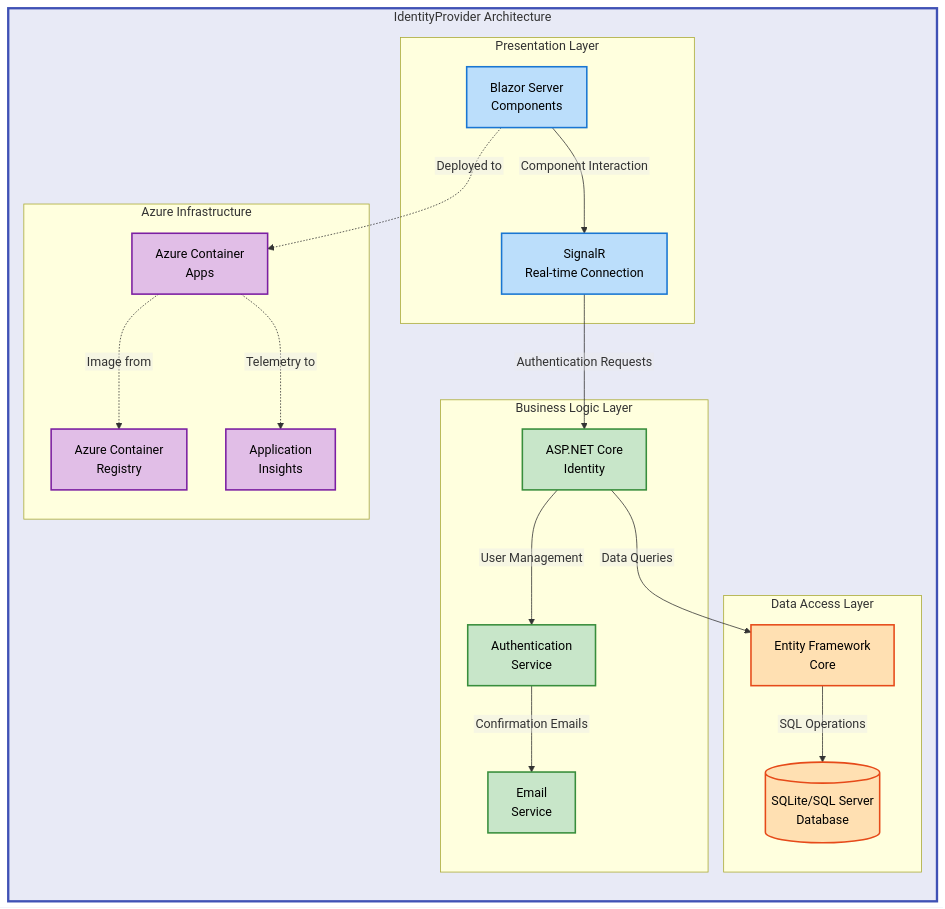
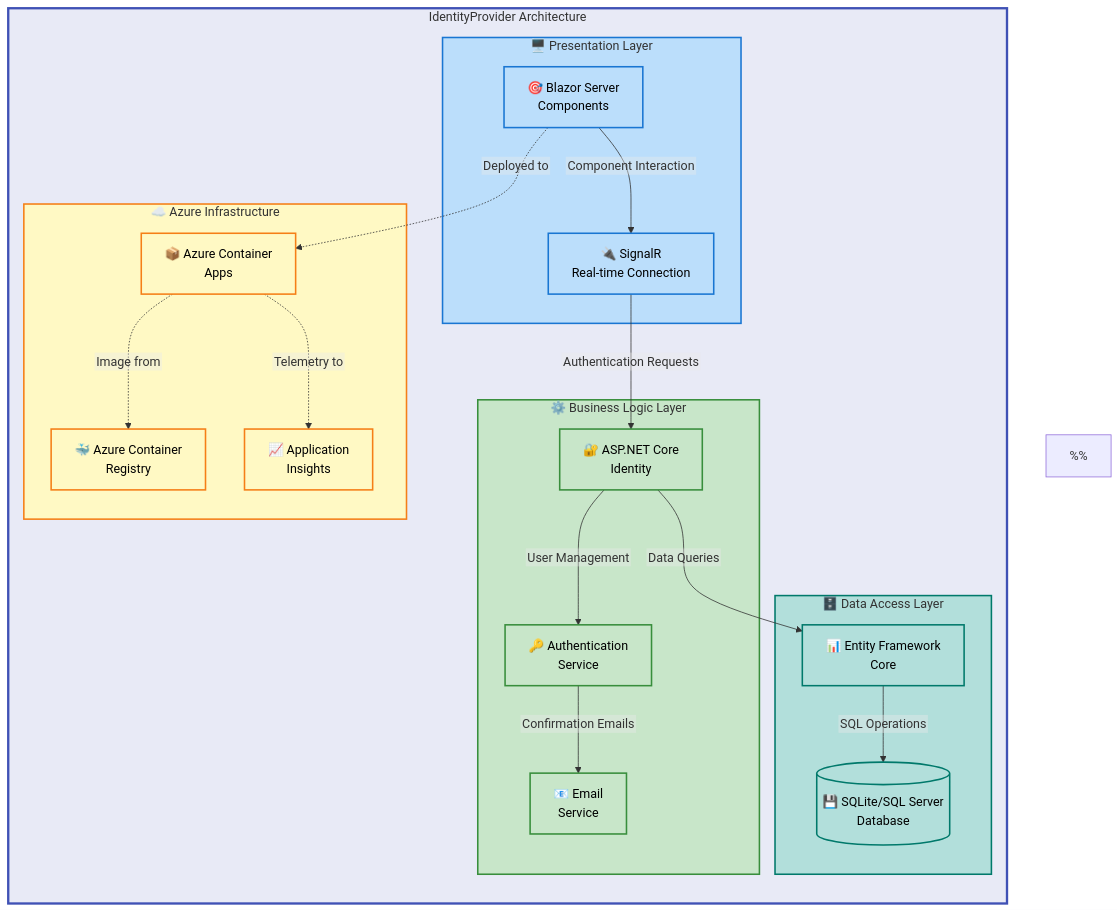
The diagram in README.md (Evilazaro/IdentityProvider), drawn with Mermaid before and after one commit.

Commit message:
Enhance architecture diagram in README.md with improved color scheme and semantic labels for better clarity and accessibility

````diff
--- a/README.md
+++ b/README.md
@@ -38,48 +38,73 @@
 ```mermaid
 %%{init: {"flowchart": {"htmlLabels": false}} }%%
 flowchart TB
+    %% ============================================
+    %% STANDARD COLOR SCHEME - Material Design
+    %% ============================================
+    %% Main Group Level (Neutral background)
     classDef mainGroup fill:#E8EAF6,stroke:#3F51B5,stroke-width:3px,color:#000
+
+    %% Functional Layer Colors (Semantic - Different Purposes)
     classDef mdBlue fill:#BBDEFB,stroke:#1976D2,stroke-width:2px,color:#000
     classDef mdGreen fill:#C8E6C9,stroke:#388E3C,stroke-width:2px,color:#000
     classDef mdOrange fill:#FFE0B2,stroke:#E64A19,stroke-width:2px,color:#000
     classDef mdPurple fill:#E1BEE7,stroke:#7B1FA2,stroke-width:2px,color:#000
+    classDef mdTeal fill:#B2DFDB,stroke:#00796B,stroke-width:2px,color:#000
+    classDef mdYellow fill:#FFF9C4,stroke:#F57F17,stroke-width:2px,color:#000
+    %% ============================================
+    %% COLOR SCHEME DOCUMENTATION
+    %% ============================================
+    %% Level 1 (Main Container): Indigo 50 (#E8EAF6)
+    %%   - Purpose: Top-level architecture container
+    %%   - Stroke: Indigo 500 (#3F51B5), 3px
+    %%
+    %% Functional Layers (Semantic Colors):
+    %%   - Presentation Layer: Blue (#BBDEFB) - UI/Interface
+    %%   - Business Logic: Green (#C8E6C9) - Core functionality
+    %%   - Data Access: Teal (#B2DFDB) - Data operations
+    %%   - Infrastructure: Yellow (#FFF9C4) - Cloud/deployment
+    %% ============================================
 
     subgraph system["IdentityProvider Architecture"]
         direction TB
 
-        subgraph presentation["Presentation Layer"]
-            blazor["Blazor Server<br/>Components"]:::mdBlue
-            signalr["SignalR<br/>Real-time Connection"]:::mdBlue
+        subgraph presentation["🖥️ Presentation Layer"]
+            blazor["🎯 Blazor Server<br/>Components"]:::mdBlue
+            signalr["🔌 SignalR<br/>Real-time Connection"]:::mdBlue
         end
 
-        subgraph business["Business Logic Layer"]
-            identity["ASP.NET Core<br/>Identity"]:::mdGreen
-            auth["Authentication<br/>Service"]:::mdGreen
-            emailSvc["Email<br/>Service"]:::mdGreen
+        subgraph business["⚙️ Business Logic Layer"]
+            identity["🔐 ASP.NET Core<br/>Identity"]:::mdGreen
+            auth["🔑 Authentication<br/>Service"]:::mdGreen
+            emailSvc["📧 Email<br/>Service"]:::mdGreen
         end
 
-        subgraph data["Data Access Layer"]
-            ef["Entity Framework<br/>Core"]:::mdOrange
-            db[("SQLite/SQL Server<br/>Database")]:::mdOrange
+        subgraph data["🗄️ Data Access Layer"]
+            ef["📊 Entity Framework<br/>Core"]:::mdTeal
+            db[("💾 SQLite/SQL Server<br/>Database")]:::mdTeal
         end
 
-        subgraph azure["Azure Infrastructure"]
-            containerApp["Azure Container<br/>Apps"]:::mdPurple
-            acr["Azure Container<br/>Registry"]:::mdPurple
-            monitor["Application<br/>Insights"]:::mdPurple
+        subgraph azure["☁️ Azure Infrastructure"]
+            containerApp["📦 Azure Container<br/>Apps"]:::mdYellow
+            acr["🐳 Azure Container<br/>Registry"]:::mdYellow
+            monitor["📈 Application<br/>Insights"]:::mdYellow
         end
 
         blazor -->|"Component Interaction"| signalr
         signalr -->|"Authentication Requests"| identity
         identity -->|"User Management"| auth
         auth -->|"Confirmation Emails"| emailSvc
         identity -->|"Data Queries"| ef
         ef -->|"SQL Operations"| db
 
         blazor -.->|"Deployed to"| containerApp
         containerApp -.->|"Image from"| acr
         containerApp -.->|"Telemetry to"| monitor
     end
 
     style system fill:#E8EAF6,stroke:#3F51B5,stroke-width:3px
+    style presentation fill:#BBDEFB,stroke:#1976D2,stroke-width:2px
+    style business fill:#C8E6C9,stroke:#388E3C,stroke-width:2px
+    style data fill:#B2DFDB,stroke:#00796B,stroke-width:2px
+    style azure fill:#FFF9C4,stroke:#F57F17,stroke-width:2px
 ```
````
